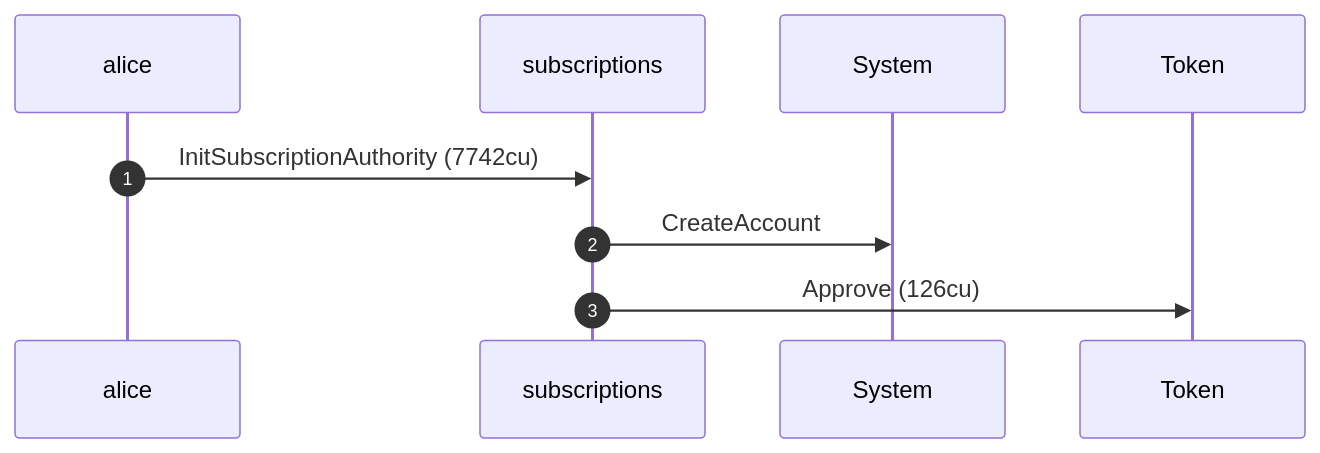
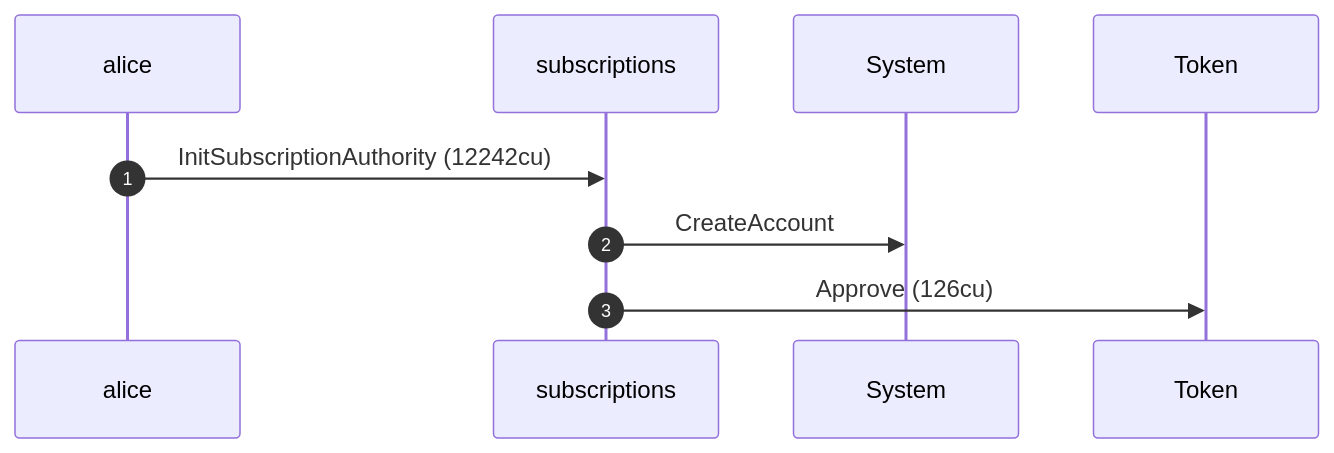
One commit to cds-rs/subscriptions changed the first of 4 diagrams in dsl_tests/reject-an-ata---mint-mismatch.md. Above: the diagram before and after it, drawn with Mermaid. The commit also changed other lines of this file and 224 other files, not shown here.

````diff
--- a/dsl_tests/reject-an-ata---mint-mismatch.md
+++ b/dsl_tests/reject-an-ata---mint-mismatch.md
@@ -24,11 +25,11 @@
 ```mermaid
 sequenceDiagram
     autonumber
     participant alice
     participant subscriptions
     participant System
     participant Token
-    alice ->> subscriptions: InitSubscriptionAuthority (7742cu)
+    alice ->> subscriptions: InitSubscriptionAuthority (12242cu)
     subscriptions ->> System: CreateAccount
     subscriptions ->> Token: Approve (126cu)
 ```
````
